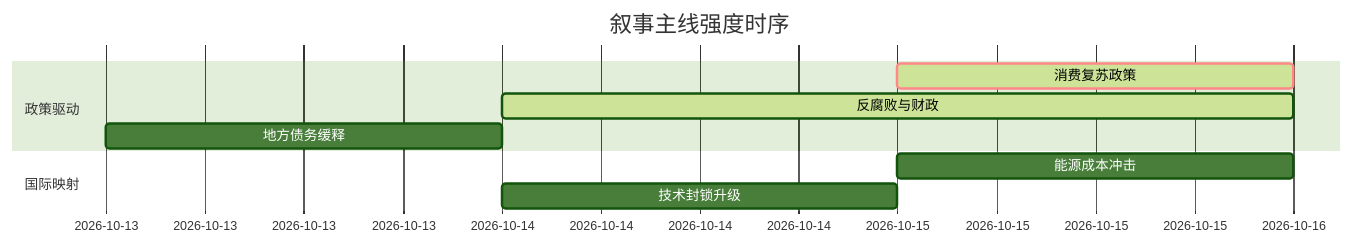
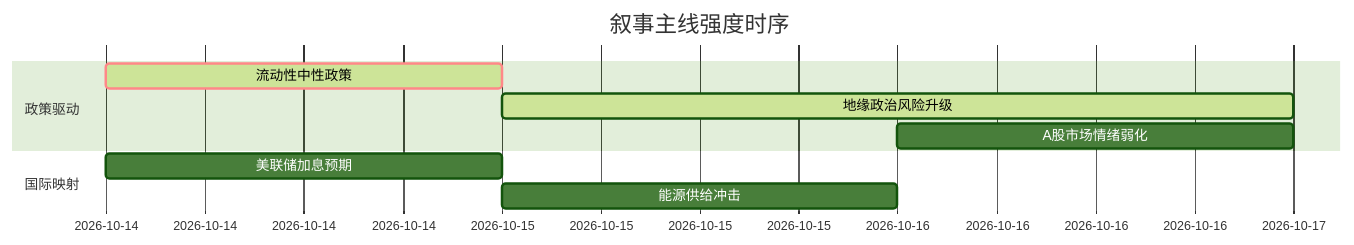
The diagram in 5day_report.md (uu5zn/uu5zn.github.io), drawn with Mermaid (forest theme) before and after one commit. The commit also changed other lines of this file and 23 other files, not shown here.

````diff
--- a/5day_report.md
+++ b/5day_report.md
@@ -55,13 +65,13 @@
 ```mermaid
 gantt
     title 叙事主线强度时序
     dateFormat  YYYY-MM-DD
     section 政策驱动
-    消费复苏政策   :crit, active, 2026-10-15, 1d
-    反腐败与财政   :active, 2026-10-14, 2d
-    地方债务缓释   :2026-10-13, 1d
+    流动性中性政策   :crit, active, 2026-10-14, 1d
+    地缘政治风险升级   :active, 2026-10-15, 2d
+    A股市场情绪弱化   :2026-10-16, 1d
     
     section 国际映射
-    能源成本冲击   :2026-10-15, 1d
-    技术封锁升级   :2026-10-14, 1d
+    美联储加息预期   :2026-10-14, 1d
+    能源供给冲击   :2026-10-15, 1d
 ```
````
